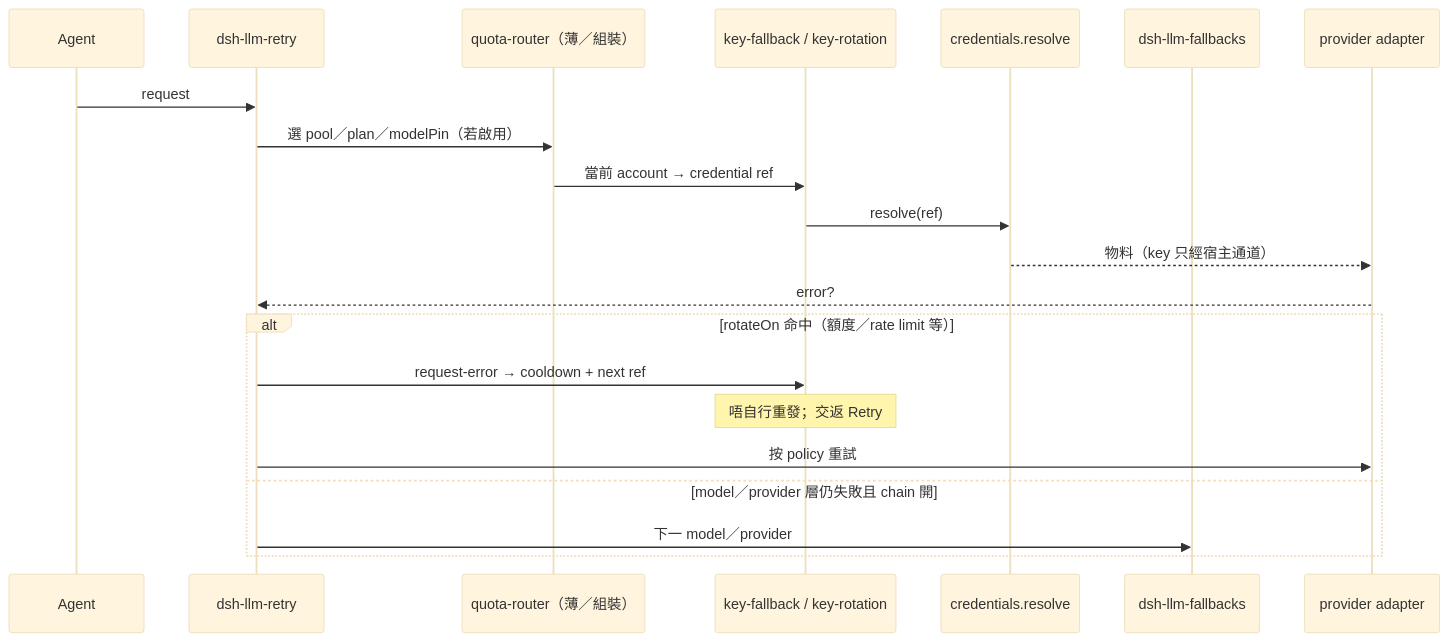
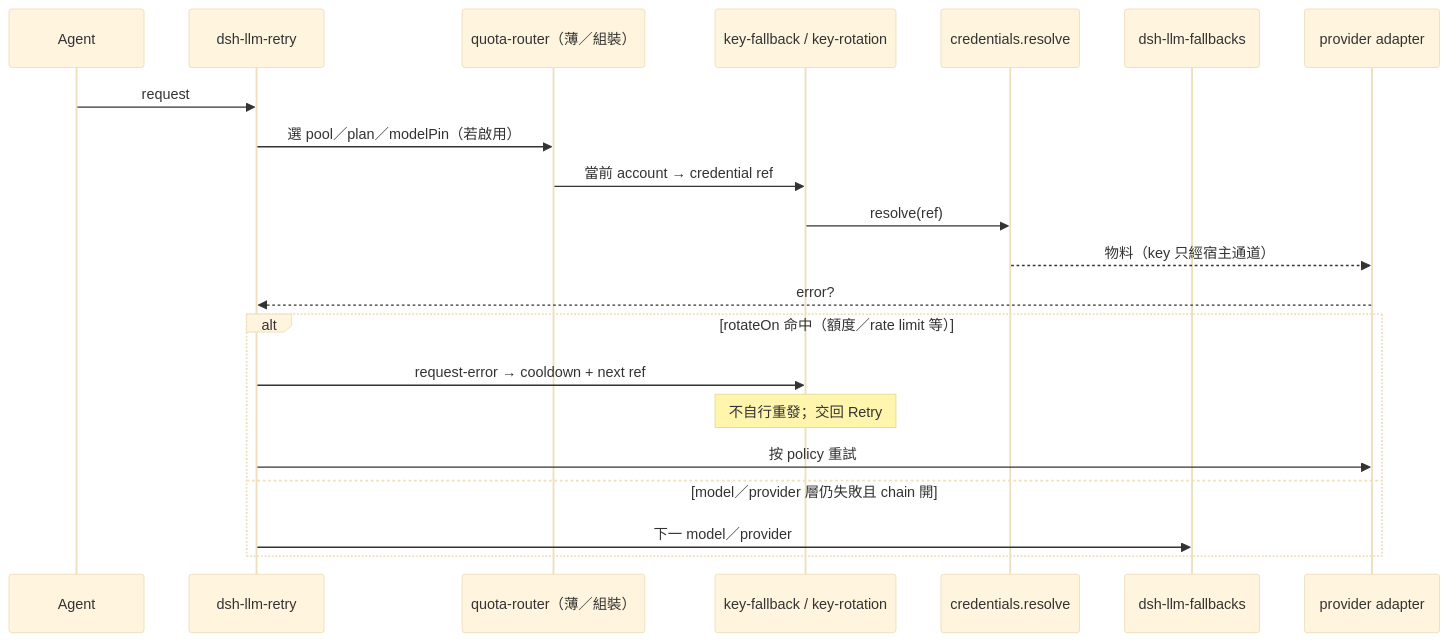
Before and after one commit to Kinfxhk/agent-quota-router: the diagram in docs/assembly.md, drawn with Mermaid (base theme). The commit also changed other lines of this file and 1 other file, not shown here.

````diff
--- a/docs/assembly.md
+++ b/docs/assembly.md
@@ -8,24 +8,24 @@
 ```mermaid
 sequenceDiagram
   participant Agent
   participant Retry as dsh-llm-retry
   participant QR as quota-router（薄／組裝）
   participant KF as key-fallback / key-rotation
   participant Cred as credentials.resolve
   participant FB as dsh-llm-fallbacks
   participant LLM as provider adapter
 
   Agent->>Retry: request
   Retry->>QR: 選 pool／plan／modelPin（若啟用）
   QR->>KF: 當前 account → credential ref
   KF->>Cred: resolve(ref)
   Cred-->>LLM: 物料（key 只經宿主通道）
   LLM-->>Retry: error?
   alt rotateOn 命中（額度／rate limit 等）
     Retry->>KF: request-error → cooldown + next ref
-    Note over KF: 唔自行重發；交返 Retry
+    Note over KF: 不自行重發；交回 Retry
     Retry->>LLM: 按 policy 重試
   else model／provider 層仍失敗且 chain 開
     Retry->>FB: 下一 model／provider
   end
 ```
````
